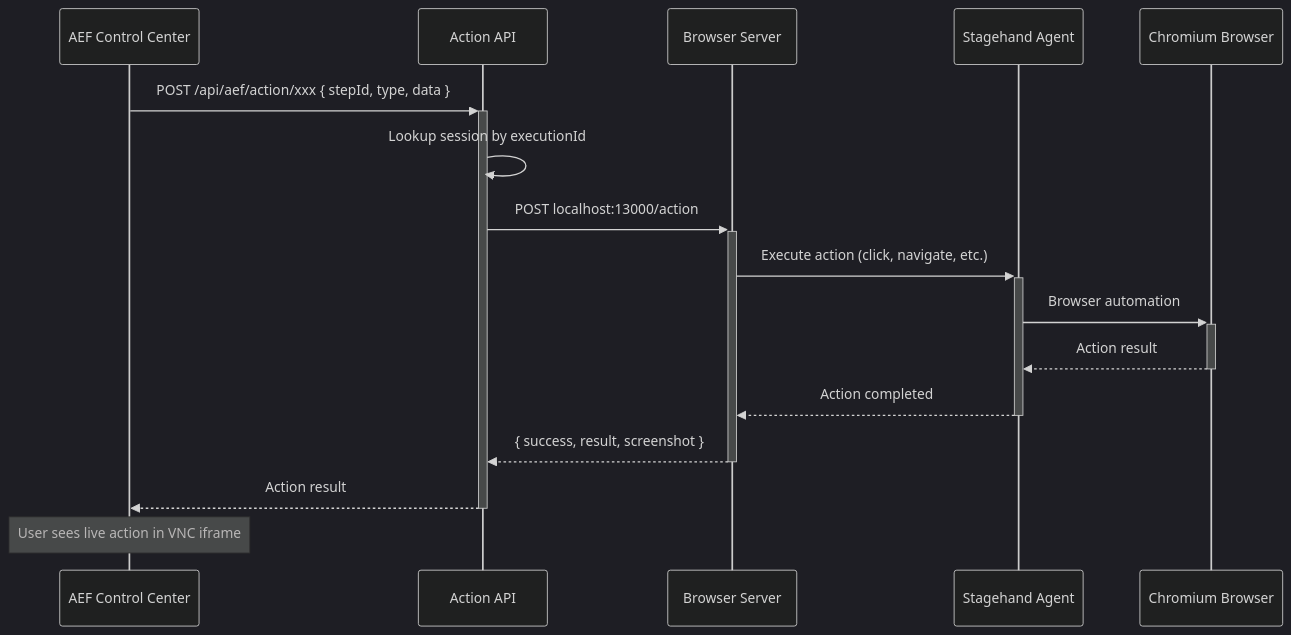
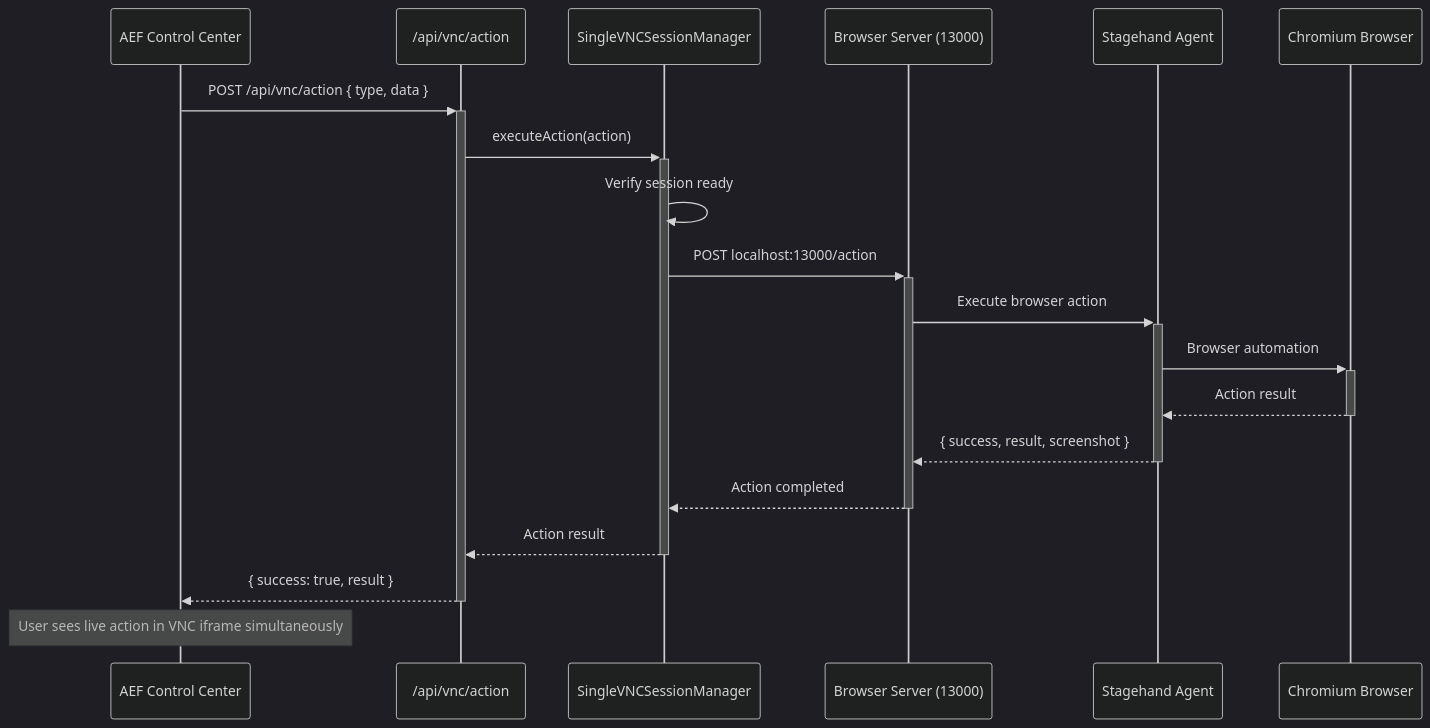
The fourth of 4 diagrams in VNC-WebSocket-RemoteDesktop-Documentation.md (Atypis/runops-v2), drawn with Mermaid (dark theme) before and after one commit. The commit also changed other lines of this file and 16 other files, not shown here.

Commit message:
Finally implemented Single Container Policy and connected AEF to single container!

````diff
--- a/VNC-WebSocket-RemoteDesktop-Documentation.md
+++ b/VNC-WebSocket-RemoteDesktop-Documentation.md
@@ -584,20 +403,23 @@
 ```mermaid
 sequenceDiagram
     participant UI as AEF Control Center
-    participant API as Action API
-    participant Container as Browser Server
+    participant API as /api/vnc/action
+    participant MGR as SingleVNCSessionManager
+    participant Container as Browser Server (13000)
     participant Stagehand as Stagehand Agent
     participant Chrome as Chromium Browser
 
-    UI->>+API: POST /api/aef/action/xxx { stepId, type, data }
-    API->>API: Lookup session by executionId
-    API->>+Container: POST localhost:13000/action
-    Container->>+Stagehand: Execute action (click, navigate, etc.)
+    UI->>+API: POST /api/vnc/action { type, data }
+    API->>+MGR: executeAction(action)
+    MGR->>MGR: Verify session ready
+    MGR->>+Container: POST localhost:13000/action
+    Container->>+Stagehand: Execute browser action
     Stagehand->>+Chrome: Browser automation
     Chrome-->>-Stagehand: Action result
-    Stagehand-->>-Container: Action completed
-    Container-->>-API: { success, result, screenshot }
-    API-->>-UI: Action result
+    Stagehand-->>-Container: { success, result, screenshot }
+    Container-->>-MGR: Action completed
+    MGR-->>-API: Action result
+    API-->>-UI: { success: true, result }
     
-    Note over UI: User sees live action in VNC iframe
+    Note over UI: User sees live action in VNC iframe simultaneously
 ```
````
